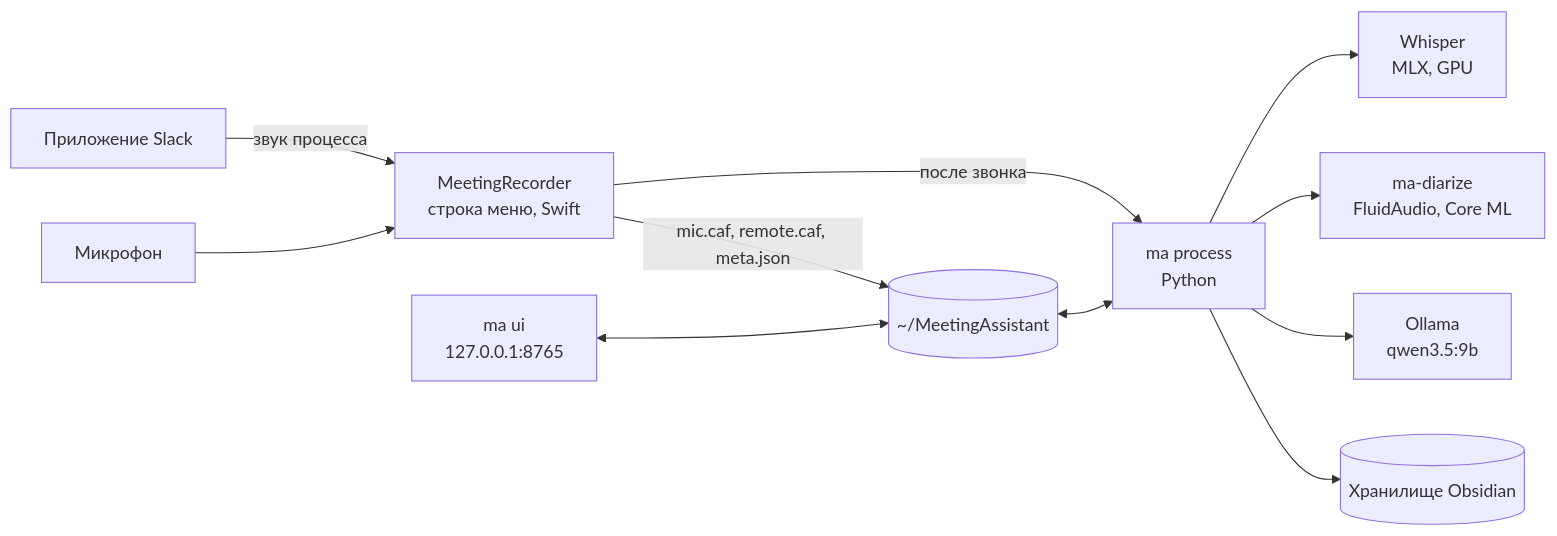
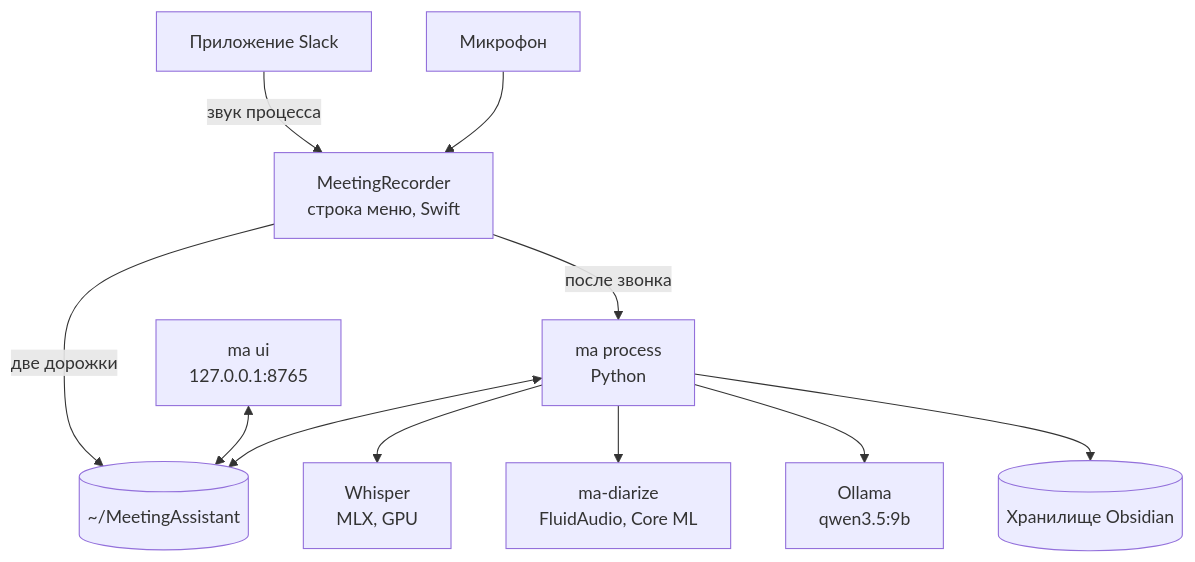
Before and after one commit to Sicness/slack-local-meeting-minutes: the diagram in README.ru.md, drawn with Mermaid. The commit also changed 3 other files, not shown here.

````diff
--- a/README.ru.md
+++ b/README.ru.md
@@ -20,13 +20,13 @@
 ```mermaid
-flowchart LR
-    Slack["Приложение Slack"] -->|"звук процесса"| Recorder
-    Mic["Микрофон"] --> Recorder["MeetingRecorder<br/>строка меню, Swift"]
-    Recorder -->|"mic.caf, remote.caf, meta.json"| Data[("~/MeetingAssistant")]
-    Recorder -->|"после звонка"| Pipeline["ma process<br/>Python"]
-    Data <--> Pipeline
+flowchart TD
+    Slack["Приложение Slack"] -->|звук процесса| Recorder["MeetingRecorder<br/>строка меню, Swift"]
+    Mic["Микрофон"] --> Recorder
+    Recorder -->|две дорожки| Data[("~/MeetingAssistant")]
+    Recorder -->|после звонка| Pipeline["ma process<br/>Python"]
+    Pipeline <--> Data
+    UI["ma ui<br/>127.0.0.1:8765"] <--> Data
     Pipeline --> Whisper["Whisper<br/>MLX, GPU"]
     Pipeline --> Diarizer["ma-diarize<br/>FluidAudio, Core ML"]
     Pipeline --> Ollama["Ollama<br/>qwen3.5:9b"]
     Pipeline --> Vault[("Хранилище Obsidian")]
-    UI["ma ui<br/>127.0.0.1:8765"] <--> Data
 ```
````
